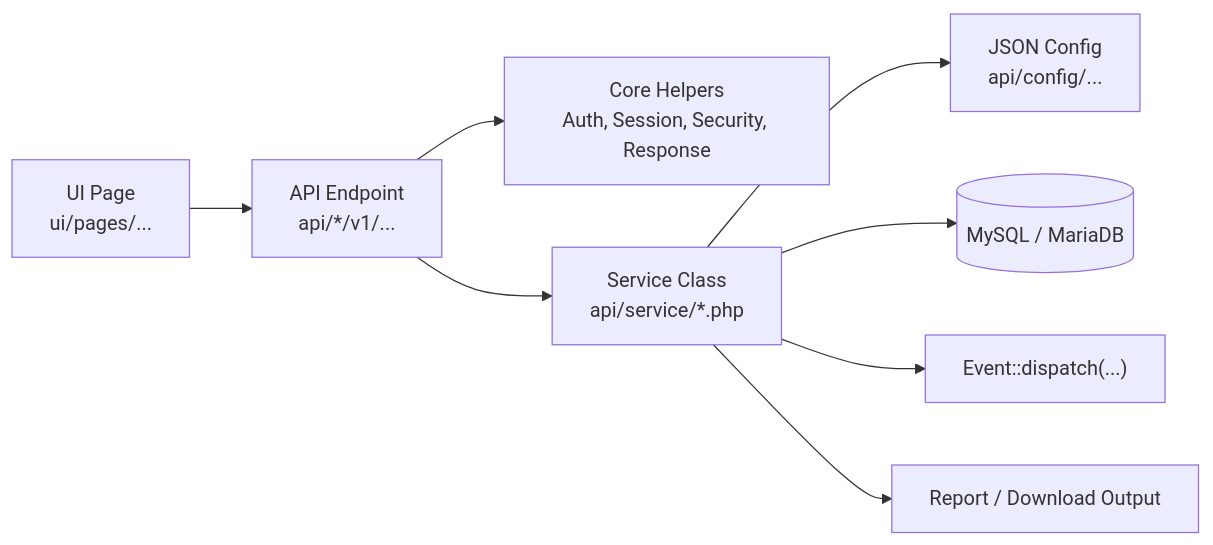
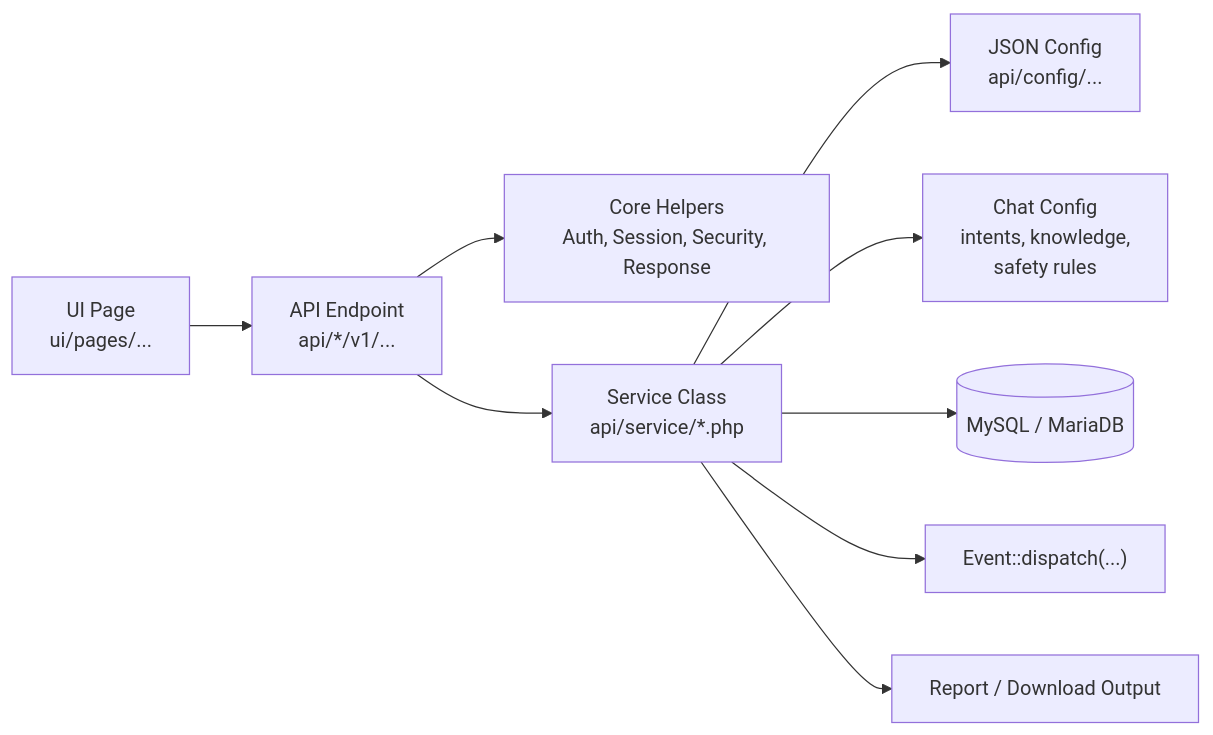
One commit to PSMRI/saQshi_open_source changed the diagram in docs/architecture/service_map.md. Above: the diagram before and after it, drawn with Mermaid. The commit also changed other lines of this file and 243 other files, not shown here.

````diff
--- a/docs/architecture/service_map.md
+++ b/docs/architecture/service_map.md
@@ -36,10 +36,11 @@
 ```mermaid
 flowchart LR
     UI["UI Page<br/>ui/pages/..."] --> API["API Endpoint<br/>api/*/v1/..."]
     API --> CORE["Core Helpers<br/>Auth, Session, Security, Response"]
     API --> SERVICE["Service Class<br/>api/service/*.php"]
     SERVICE --> CONFIG["JSON Config<br/>api/config/..."]
+    SERVICE --> CHATCFG["Chat Config<br/>intents, knowledge,<br/>safety rules"]
     SERVICE --> DB[("MySQL / MariaDB")]
     SERVICE --> EVENT["Event::dispatch(...)"]
     SERVICE --> REPORT["Report / Download Output"]
 ```
````
